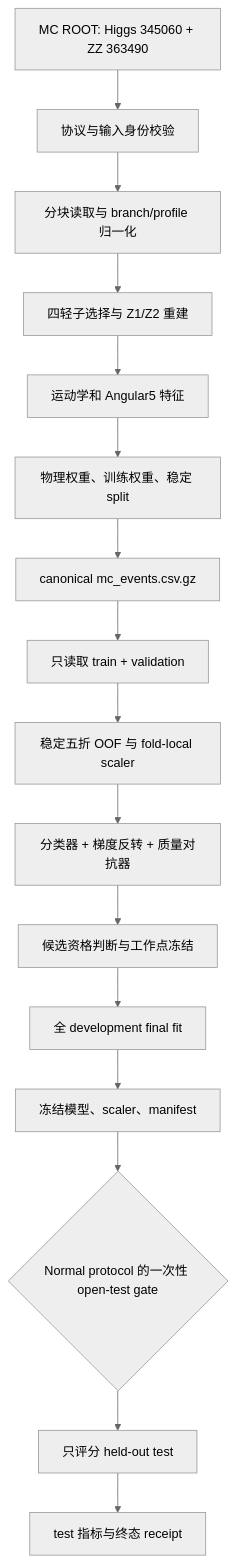
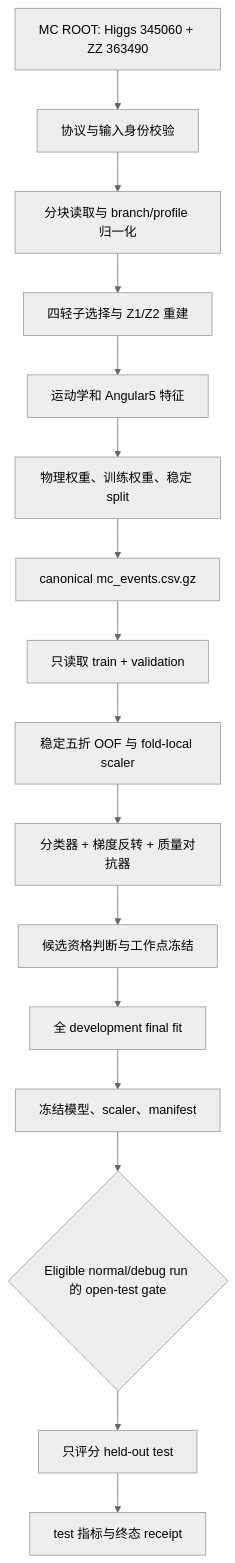
One commit to hyi03/HiggsML changed the diagram in neural/README.md. Above: the diagram before and after it, drawn with Mermaid (neutral theme). The commit also changed other lines of this file and 20 other files, not shown here.

````diff
--- a/neural/README.md
+++ b/neural/README.md
@@ -23,18 +23,18 @@
 ```mermaid
 flowchart TD
     A[MC ROOT: Higgs 345060 + ZZ 363490] --> B[协议与输入身份校验]
     B --> C[分块读取与 branch/profile 归一化]
     C --> D[四轻子选择与 Z1/Z2 重建]
     D --> E[运动学和 Angular5 特征]
     E --> F[物理权重、训练权重、稳定 split]
     F --> G[canonical mc_events.csv.gz]
     G --> H[只读取 train + validation]
     H --> I[稳定五折 OOF 与 fold-local scaler]
     I --> J[分类器 + 梯度反转 + 质量对抗器]
     J --> K[候选资格判断与工作点冻结]
     K --> L[全 development final fit]
     L --> M[冻结模型、scaler、manifest]
-    M --> N{Normal protocol 的一次性 open-test gate}
+    M --> N{Eligible normal/debug run 的 open-test gate}
     N --> O[只评分 held-out test]
     O --> P[test 指标与终态 receipt]
 ```
````
